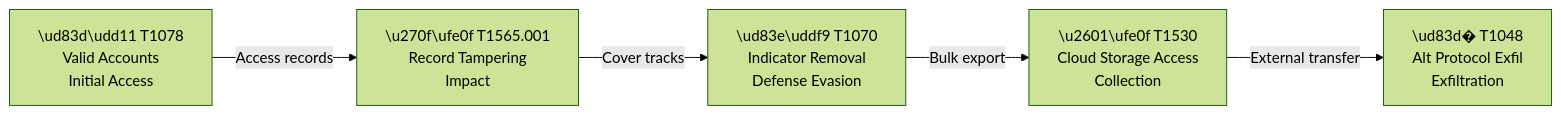
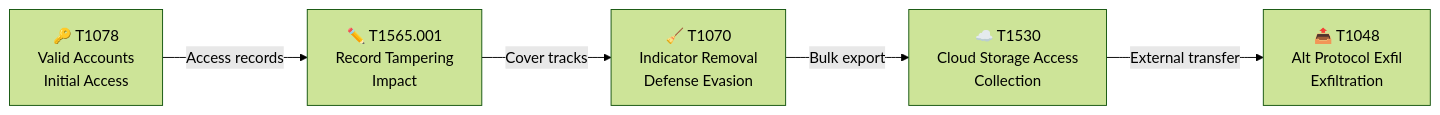
The second of 5 diagrams in reports/analyses/mitre-mapping.md (AurelienKumarathas/Complete-threat-model-for-healthcare-application), drawn with Mermaid (forest theme) before and after one commit. The commit also changed other lines of this file and 3 other files, not shown here.

````diff
--- a/reports/analyses/mitre-mapping.md
+++ b/reports/analyses/mitre-mapping.md
@@ -131,7 +131,7 @@
 ```mermaid
 flowchart LR
-    A["\ud83d\udd11 T1078\nValid Accounts\nInitial Access"] -->|Access records| B["\u270f\ufe0f T1565.001\nRecord Tampering\nImpact"]
-    B -->|Cover tracks| C["\ud83e\uddf9 T1070\nIndicator Removal\nDefense Evasion"]
-    C -->|Bulk export| D["\u2601\ufe0f T1530\nCloud Storage Access\nCollection"]
-    D -->|External transfer| E["\ud83d� T1048\nAlt Protocol Exfil\nExfiltration"]
+    A["🔑 T1078\nValid Accounts\nInitial Access"] -->|Access records| B["✏️ T1565.001\nRecord Tampering\nImpact"]
+    B -->|Cover tracks| C["🧹 T1070\nIndicator Removal\nDefense Evasion"]
+    C -->|Bulk export| D["☁️ T1530\nCloud Storage Access\nCollection"]
+    D -->|External transfer| E["📤 T1048\nAlt Protocol Exfil\nExfiltration"]
 ```
````
